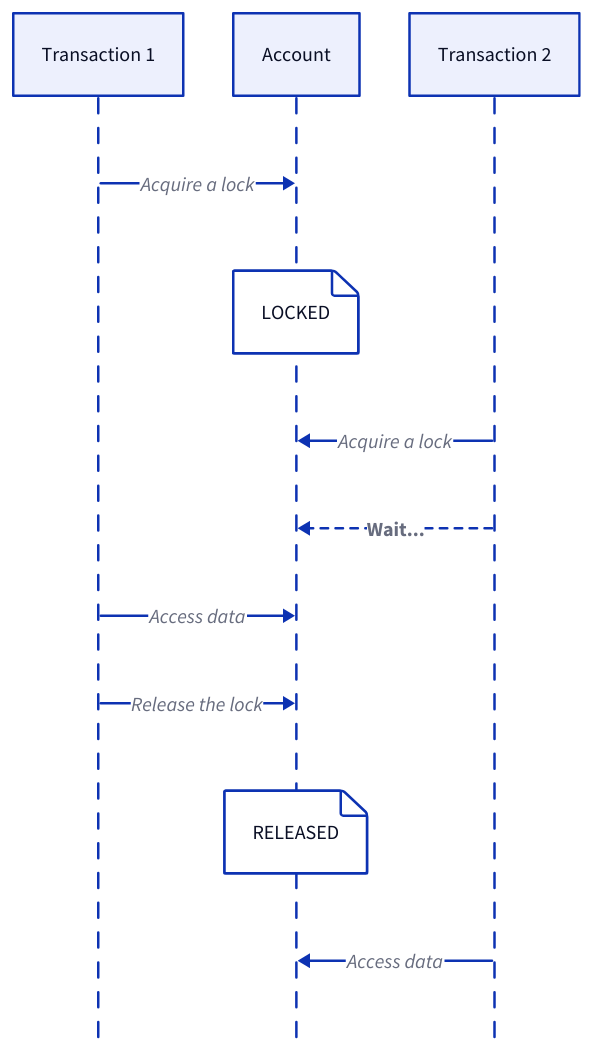
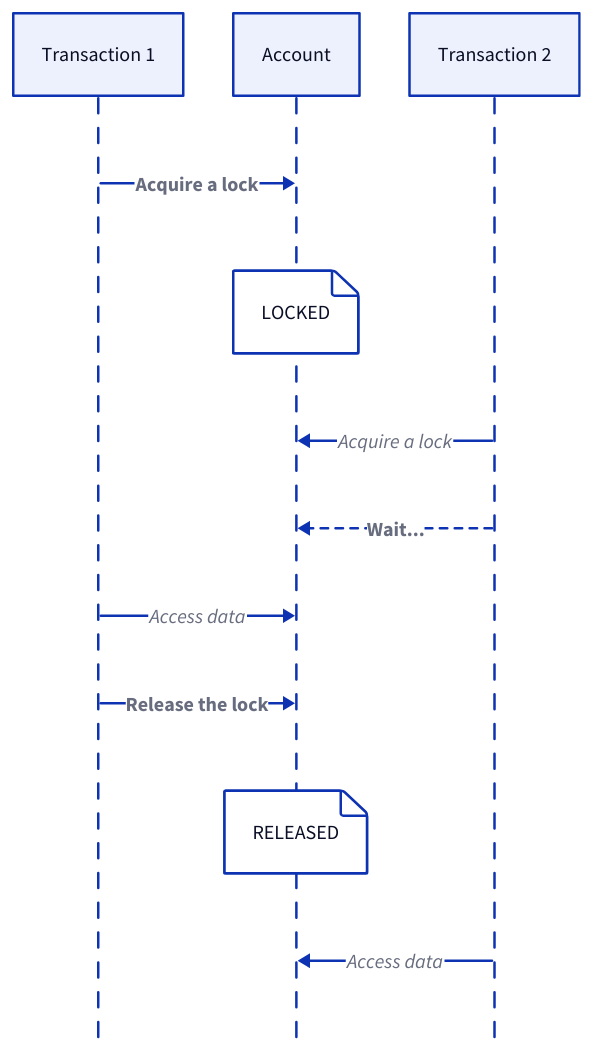
Diagram 13 of 23 in content/data-persistence/sql-database/concurrency-control.md (link1905/system-design-101), drawn with D2 before and after one commit. The commit also changed other lines of this file and 13 other files, not shown here.

````diff
--- a/content/data-persistence/sql-database/concurrency-control.md
+++ b/content/data-persistence/sql-database/concurrency-control.md
@@ -447,21 +448,25 @@
 ```d2
 shape: sequence_diagram
 t1: Transaction 1
 a: Account
 t2: Transaction 2
-t1 -> a: Acquire a lock
+t1 -> a: Acquire a lock {
+  style.bold: true
+}
 a {
   "LOCKED"
 }
 t2 -> a: "Acquire a lock"
 t2 -> a: Wait... {
     style.bold: true
     style.stroke-dash: 3
 }
 t1 -> a: Access data
-t1 -> a: Release the lock
+t1 -> a: Release the lock {
+  style.bold: true
+}
 a {
   "RELEASED"
 }
 t2 -> a: Access data
 ```
````
